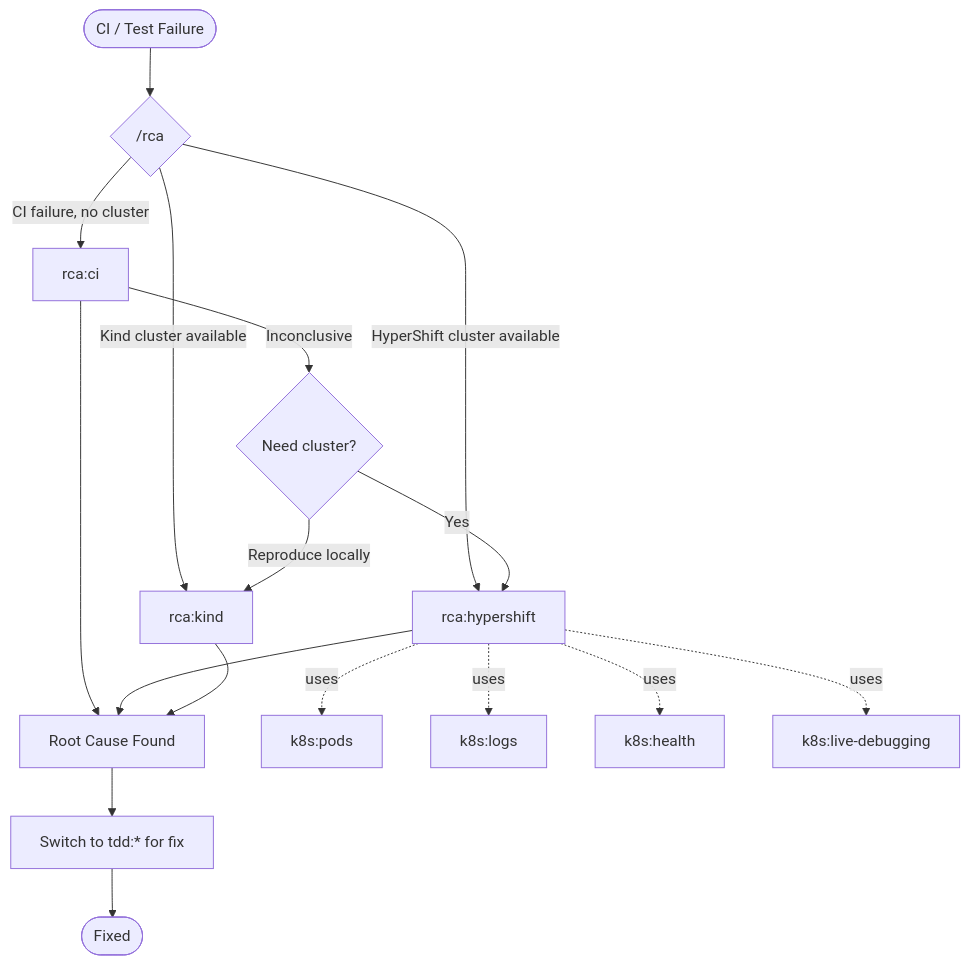
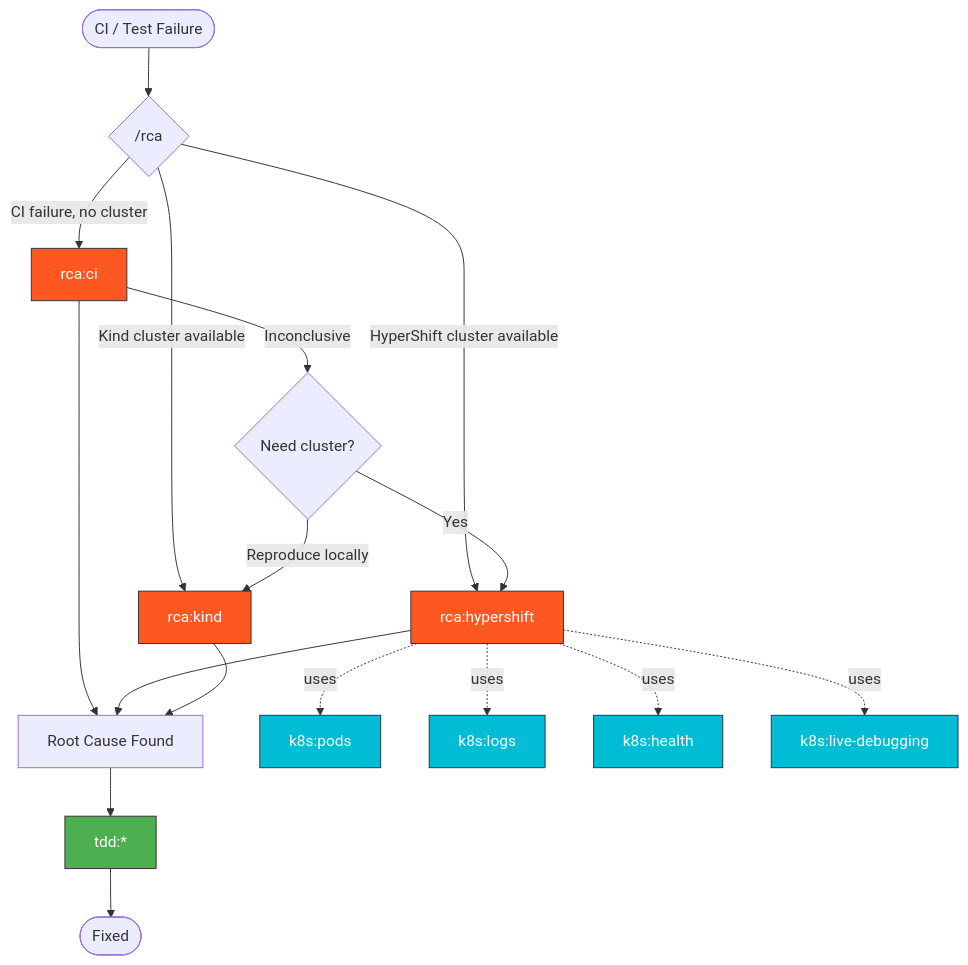
One commit to pdettori/kagenti changed the third of 8 diagrams in .claude/skills/README.md. Above: the diagram before and after it, drawn with Mermaid. The commit also changed other lines of this file and 13 other files, not shown here.

First line of the commit message:
🌱 Add TOC, color-coded diagrams, cross-links, and review fixes

````diff
--- a/.claude/skills/README.md
+++ b/.claude/skills/README.md
@@ -78,23 +120,27 @@
 ```mermaid
 flowchart TD
     FAIL([CI / Test Failure]) --> RCA{"/rca"}
-    RCA -->|CI failure, no cluster| RCACI["rca:ci"]
-    RCA -->|HyperShift cluster available| RCAHS["rca:hypershift"]
-    RCA -->|Kind cluster available| RCAKIND["rca:kind"]
+    RCA -->|CI failure, no cluster| RCACI["rca:ci"]:::rca
+    RCA -->|HyperShift cluster available| RCAHS["rca:hypershift"]:::rca
+    RCA -->|Kind cluster available| RCAKIND["rca:kind"]:::rca
 
     RCACI -->|Inconclusive| NEED{"Need cluster?"}
     NEED -->|Yes| RCAHS
     NEED -->|Reproduce locally| RCAKIND
 
     RCACI --> ROOT[Root Cause Found]
     RCAHS --> ROOT
     RCAKIND --> ROOT
 
-    ROOT --> TDD["Switch to tdd:* for fix"]
+    ROOT --> TDD["tdd:*"]:::tdd
     TDD --> DONE([Fixed])
 
-    RCAHS -.->|uses| PODS["k8s:pods"]
-    RCAHS -.->|uses| LOGS["k8s:logs"]
-    RCAHS -.->|uses| HEALTH["k8s:health"]
-    RCAHS -.->|uses| LIVE["k8s:live-debugging"]
+    RCAHS -.->|uses| PODS["k8s:pods"]:::k8s
+    RCAHS -.->|uses| LOGS["k8s:logs"]:::k8s
+    RCAHS -.->|uses| HEALTH["k8s:health"]:::k8s
+    RCAHS -.->|uses| LIVE["k8s:live-debugging"]:::k8s
+
+    classDef rca fill:#FF5722,stroke:#333,color:white
+    classDef tdd fill:#4CAF50,stroke:#333,color:white
+    classDef k8s fill:#00BCD4,stroke:#333,color:white
 ```
````
